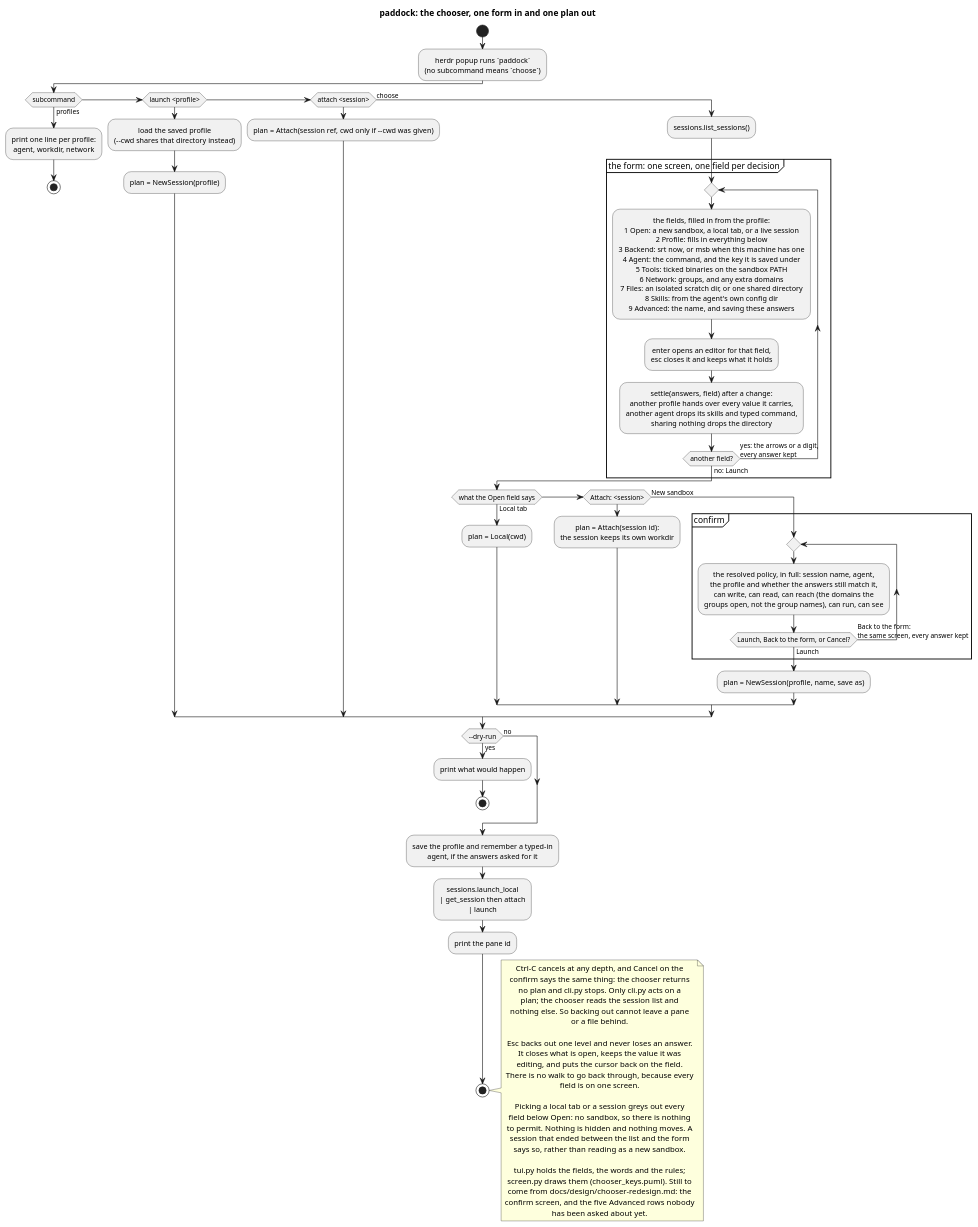
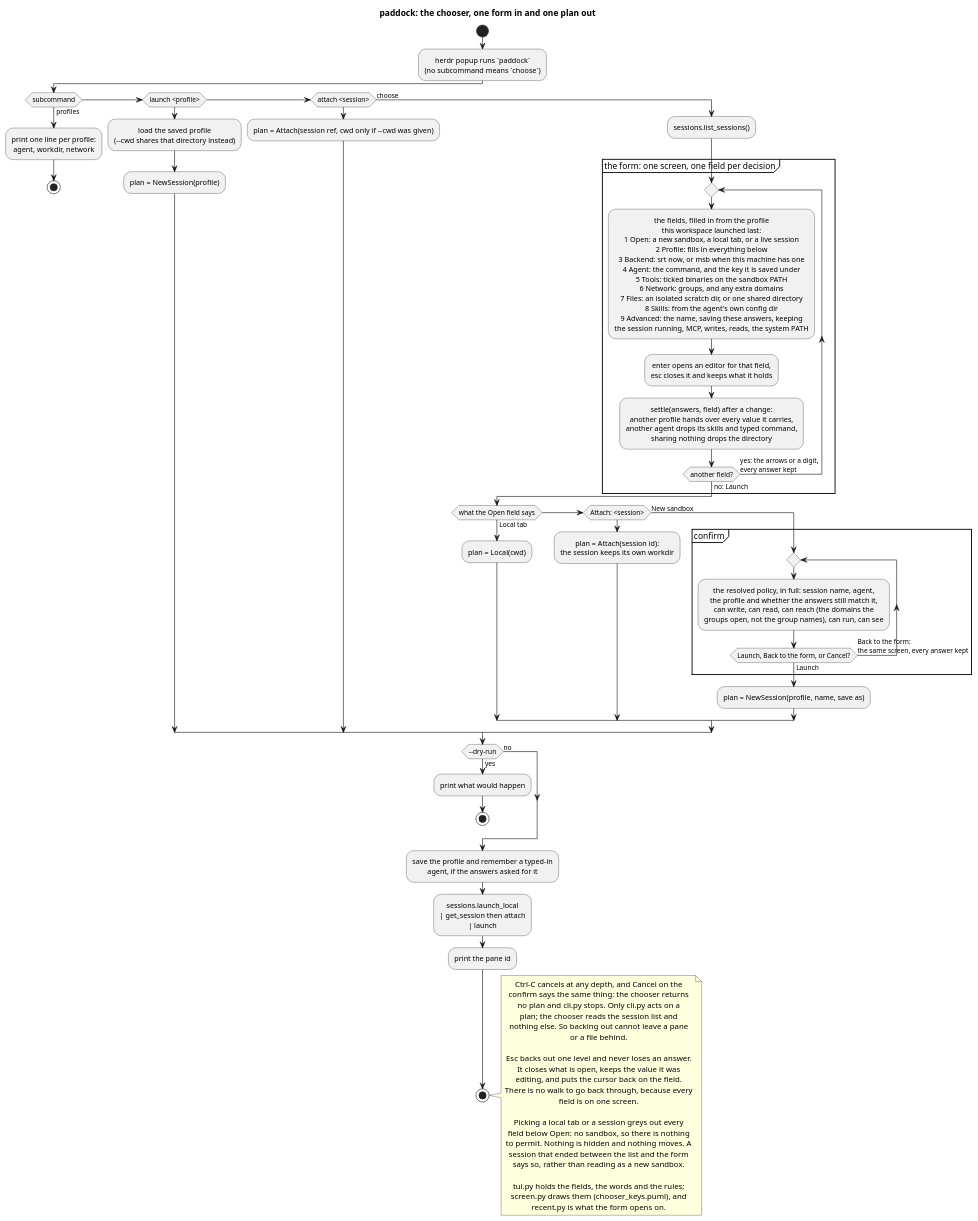
One commit to paddock-sh/paddock changed the diagram in docs/diagrams/chooser_flow.puml. Above: the diagram before and after it, drawn with PlantUML. The commit also changed 15 other files, not shown here.

```diff
--- a/docs/diagrams/chooser_flow.puml
+++ b/docs/diagrams/chooser_flow.puml
@@ -1,79 +1,77 @@
 @startuml chooser_flow
 title paddock: the chooser, one form in and one plan out
 
 skinparam shadowing false
 skinparam defaultTextAlignment center
 
 start
 :herdr popup runs `paddock`\n(no subcommand means `choose`);
 
 if (subcommand) then (profiles)
   :print one line per profile:\nagent, workdir, network;
   stop
 elseif (launch <profile>) then
   :load the saved profile\n(--cwd shares that directory instead);
   :plan = NewSession(profile);
 elseif (attach <session>) then
   :plan = Attach(session ref, cwd only if --cwd was given);
 else (choose)
   :sessions.list_sessions();
   partition "the form: one screen, one field per decision" {
     repeat
-      :the fields, filled in from the profile:\n1 Open: a new sandbox, a local tab, or a live session\n2 Profile: fills in everything below\n3 Backend: srt now, or msb when this machine has one\n4 Agent: the command, and the key it is saved under\n5 Tools: ticked binaries on the sandbox PATH\n6 Network: groups, and any extra domains\n7 Files: an isolated scratch dir, or one shared directory\n8 Skills: from the agent's own config dir\n9 Advanced: the name, and saving these answers;
+      :the fields, filled in from the profile\nthis workspace launched last:\n1 Open: a new sandbox, a local tab, or a live session\n2 Profile: fills in everything below\n3 Backend: srt now, or msb when this machine has one\n4 Agent: the command, and the key it is saved under\n5 Tools: ticked binaries on the sandbox PATH\n6 Network: groups, and any extra domains\n7 Files: an isolated scratch dir, or one shared directory\n8 Skills: from the agent's own config dir\n9 Advanced: the name, saving these answers, keeping\nthe session running, MCP, writes, reads, the system PATH;
       :enter opens an editor for that field,\nesc closes it and keeps what it holds;
       :settle(answers, field) after a change:\nanother profile hands over every value it carries,\nanother agent drops its skills and typed command,\nsharing nothing drops the directory;
     repeat while (another field?) is (yes: the arrows or a digit,\nevery answer kept) not (no: Launch)
   }
   if (what the Open field says) then (Local tab)
     :plan = Local(cwd);
   elseif (Attach: <session>) then
     :plan = Attach(session id):\nthe session keeps its own workdir;
   else (New sandbox)
     partition "confirm" {
       repeat
         :the resolved policy, in full: session name, agent,\nthe profile and whether the answers still match it,\ncan write, can read, can reach (the domains the\ngroups open, not the group names), can run, can see;
       repeat while (Launch, Back to the form, or Cancel?) is (Back to the form:\nthe same screen, every answer kept) not (Launch)
     }
     :plan = NewSession(profile, name, save as);
   endif
 endif
 
 if (--dry-run) then (yes)
   :print what would happen;
   stop
 else (no)
 endif
 
 :save the profile and remember a typed-in\nagent, if the answers asked for it;
 :sessions.launch_local\n| get_session then attach\n| launch;
 :print the pane id;
 stop
 
 note right
   Ctrl-C cancels at any depth, and Cancel on the
   confirm says the same thing: the chooser returns
   no plan and cli.py stops. Only cli.py acts on a
   plan; the chooser reads the session list and
   nothing else. So backing out cannot leave a pane
   or a file behind.
 
   Esc backs out one level and never loses an answer.
   It closes what is open, keeps the value it was
   editing, and puts the cursor back on the field.
   There is no walk to go back through, because every
   field is on one screen.
 
   Picking a local tab or a session greys out every
   field below Open: no sandbox, so there is nothing
   to permit. Nothing is hidden and nothing moves. A
   session that ended between the list and the form
   says so, rather than reading as a new sandbox.
 
   tui.py holds the fields, the words and the rules;
-  screen.py draws them (chooser_keys.puml). Still to
-  come from docs/design/chooser-redesign.md: the
-  confirm screen, and the five Advanced rows nobody
-  has been asked about yet.
+  screen.py draws them (chooser_keys.puml), and
+  recent.py is what the form opens on.
 end note
 
 @enduml
```
